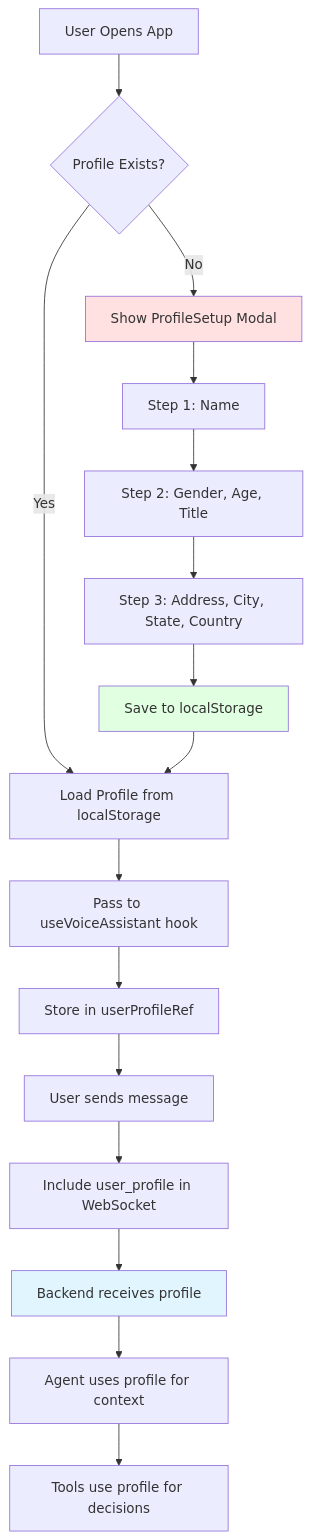
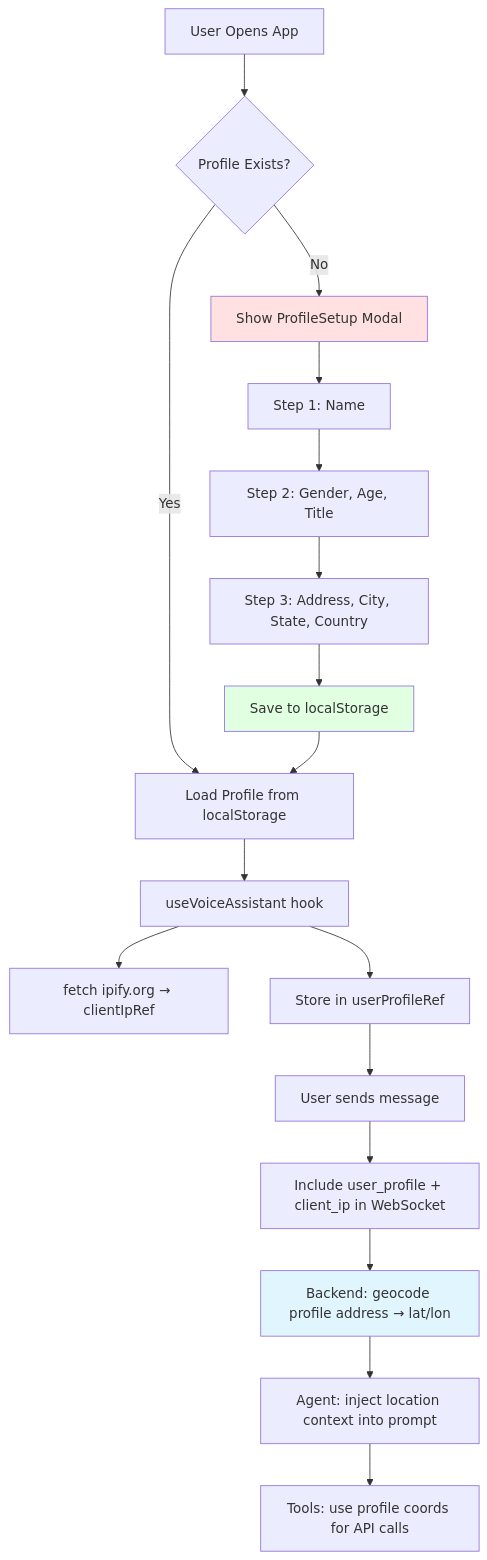
Before and after one commit to saikiranaravala/PersonalizedVoiceLocationAwareAgent: the sixth of 31 diagrams in docs/DIAGRAMS.md, drawn with Mermaid. The commit also changed other lines of this file and 4 other files, not shown here.

````diff
--- a/docs/DIAGRAMS.md
+++ b/docs/DIAGRAMS.md
@@ -163,24 +231,25 @@
 ```mermaid
 flowchart TD
     A[User Opens App] --> B{Profile Exists?}
     B -->|No| C[Show ProfileSetup Modal]
     B -->|Yes| D[Load Profile from localStorage]
-    
+
     C --> E[Step 1: Name]
     E --> F[Step 2: Gender, Age, Title]
     F --> G[Step 3: Address, City, State, Country]
     G --> H[Save to localStorage]
     H --> D
-    
-    D --> I[Pass to useVoiceAssistant hook]
+
+    D --> I[useVoiceAssistant hook]
+    I --> IP[fetch ipify.org → clientIpRef]
     I --> J[Store in userProfileRef]
     J --> K[User sends message]
-    K --> L[Include user_profile in WebSocket]
-    L --> M[Backend receives profile]
-    M --> N[Agent uses profile for context]
-    N --> O[Tools use profile for decisions]
-    
+    K --> L[Include user_profile + client_ip in WebSocket]
+    L --> M[Backend: geocode profile address → lat/lon]
+    M --> N[Agent: inject location context into prompt]
+    N --> O[Tools: use profile coords for API calls]
+
     style C fill:#ffe1e1
     style H fill:#e1ffe1
     style M fill:#e1f5ff
 ```
````
